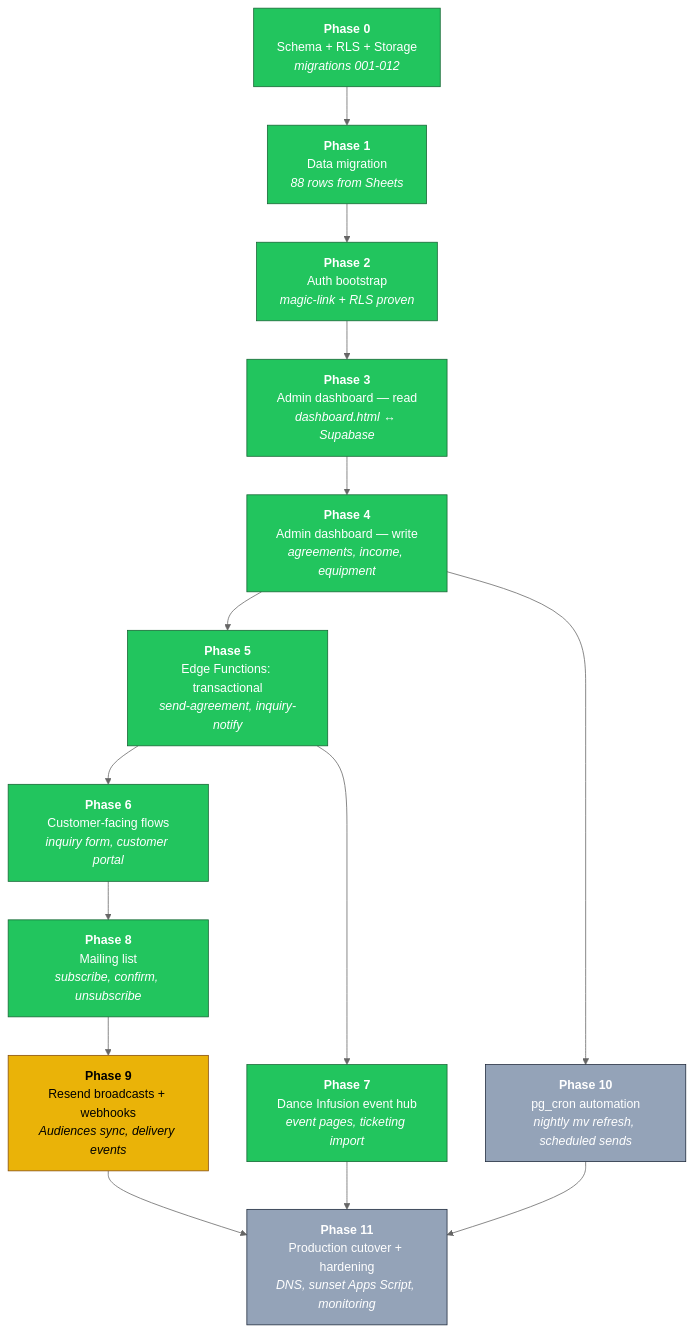
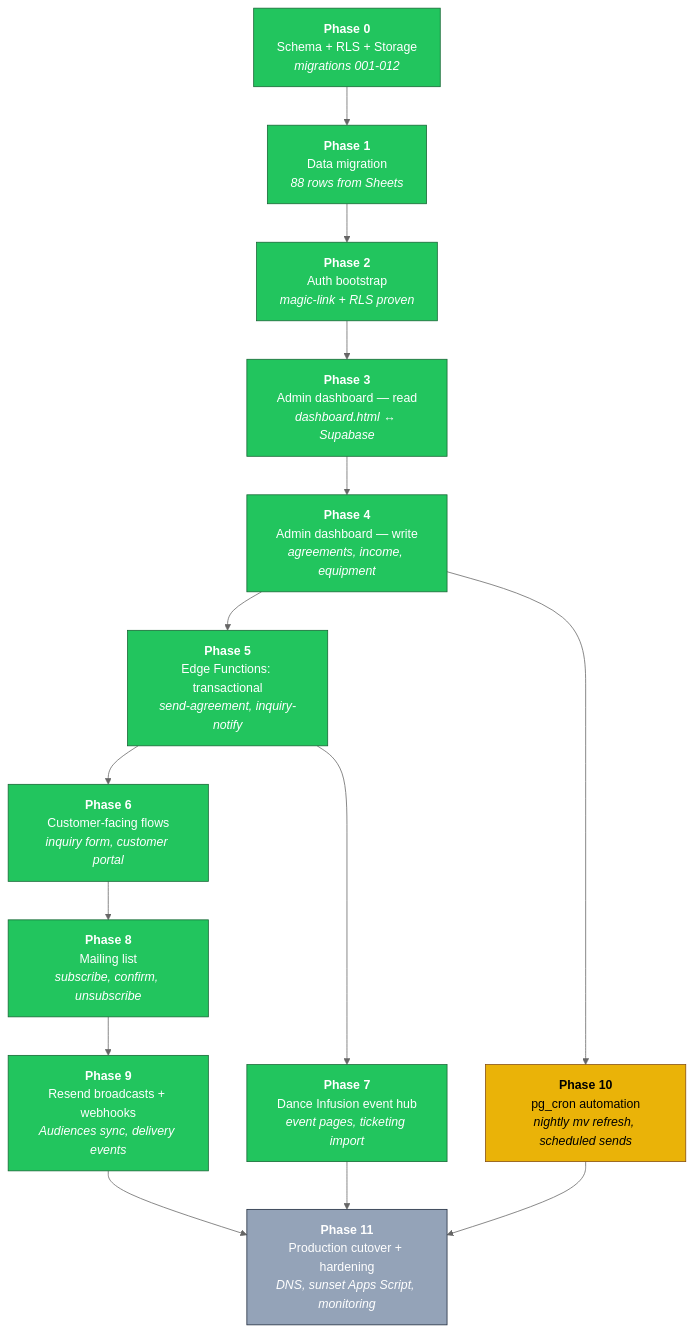
Before and after one commit to Berkythe4/comewith: the first of 2 diagrams in ROADMAP.md, drawn with Mermaid (neutral theme). The commit also changed other lines of this file and 1 other file, not shown here.

Commit message:
Phase 9 close: roadmap status (P9 done, P10 next)

````diff
--- a/ROADMAP.md
+++ b/ROADMAP.md
@@ -21,33 +21,33 @@
 ```mermaid
 flowchart TD
     classDef done fill:#22c55e,stroke:#166534,color:#fff
     classDef next fill:#eab308,stroke:#854d0e,color:#000
     classDef planned fill:#94a3b8,stroke:#1e293b,color:#fff
 
     P0["<b>Phase 0</b><br/>Schema + RLS + Storage<br/><i>migrations 001-012</i>"]
     P1["<b>Phase 1</b><br/>Data migration<br/><i>88 rows from Sheets</i>"]
     P2["<b>Phase 2</b><br/>Auth bootstrap<br/><i>magic-link + RLS proven</i>"]
     P3["<b>Phase 3</b><br/>Admin dashboard — read<br/><i>dashboard.html ↔ Supabase</i>"]
     P4["<b>Phase 4</b><br/>Admin dashboard — write<br/><i>agreements, income, equipment</i>"]
     P5["<b>Phase 5</b><br/>Edge Functions: transactional<br/><i>send-agreement, inquiry-notify</i>"]
     P6["<b>Phase 6</b><br/>Customer-facing flows<br/><i>inquiry form, customer portal</i>"]
     P7["<b>Phase 7</b><br/>Dance Infusion event hub<br/><i>event pages, ticketing import</i>"]
     P8["<b>Phase 8</b><br/>Mailing list<br/><i>subscribe, confirm, unsubscribe</i>"]
     P9["<b>Phase 9</b><br/>Resend broadcasts + webhooks<br/><i>Audiences sync, delivery events</i>"]
     P10["<b>Phase 10</b><br/>pg_cron automation<br/><i>nightly mv refresh, scheduled sends</i>"]
     P11["<b>Phase 11</b><br/>Production cutover + hardening<br/><i>DNS, sunset Apps Script, monitoring</i>"]
 
     P0 --> P1 --> P2 --> P3 --> P4 --> P5
     P5 --> P6
     P5 --> P7
     P6 --> P8
     P8 --> P9
     P4 --> P10
     P9 --> P11
     P10 --> P11
     P7 --> P11
 
-    class P0,P1,P2,P3,P4,P5,P6,P7,P8 done
-    class P9 next
-    class P10,P11 planned
+    class P0,P1,P2,P3,P4,P5,P6,P7,P8,P9 done
+    class P10 next
+    class P11 planned
 ```
````
